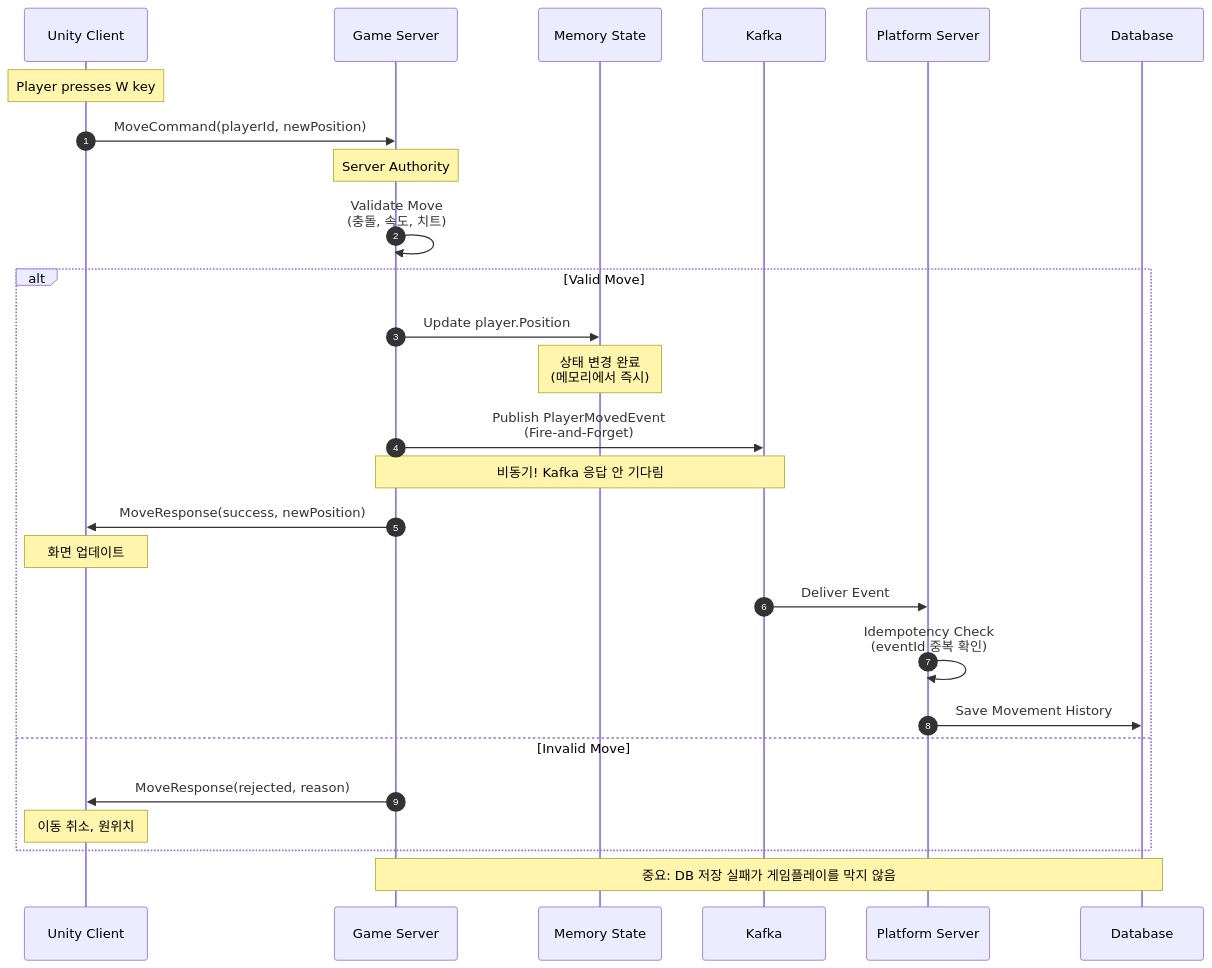
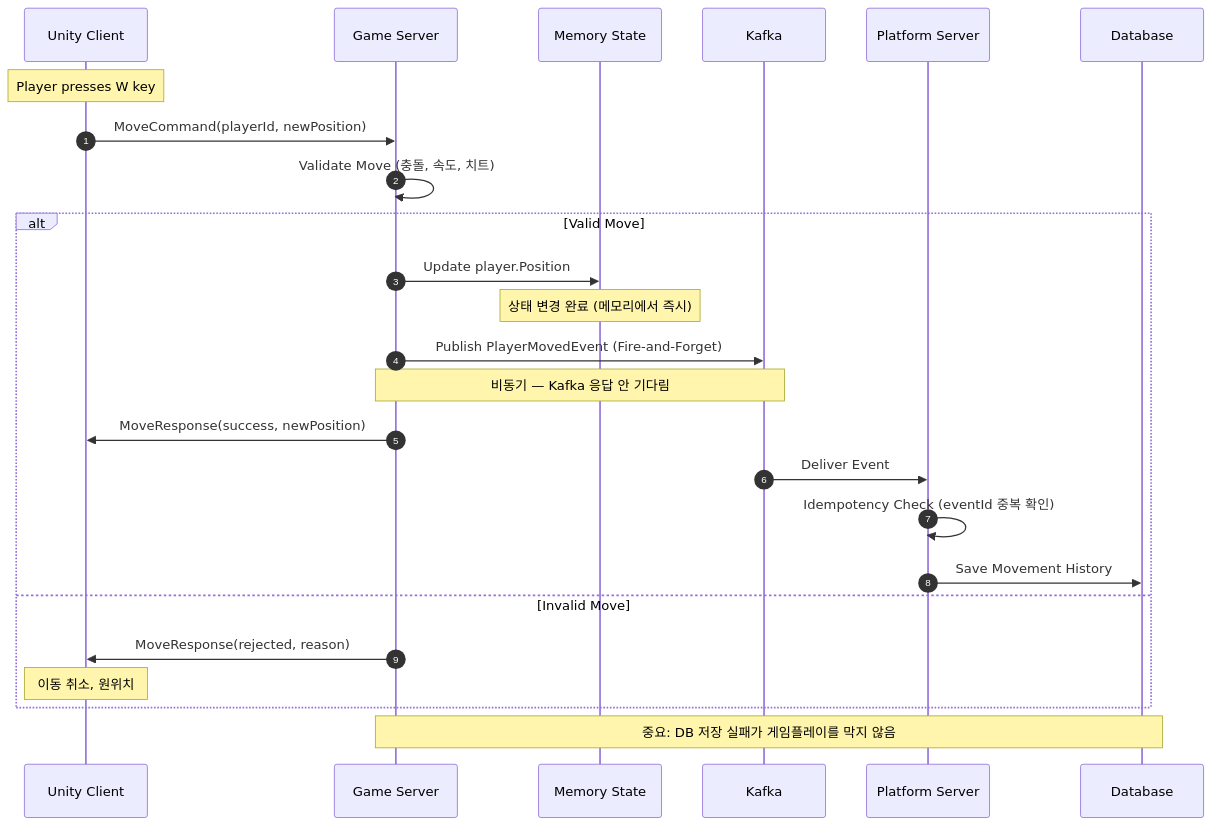
One commit to 1985jwlee/portpolio_main changed the fourth of 4 diagrams in README.md. Above: the diagram before and after it, drawn with Mermaid. The commit also changed other lines of this file, not shown here.

````diff
--- a/README.md
+++ b/README.md
@@ -342,37 +198,35 @@
 ```mermaid
 sequenceDiagram
     autonumber
     participant C as Unity Client
     participant GS as Game Server
     participant M as Memory State
     participant K as Kafka
     participant PS as Platform Server
     participant DB as Database
-    
+
     Note over C: Player presses W key
     C->>GS: MoveCommand(playerId, newPosition)
-    
-    Note over GS: Server Authority
-    GS->>GS: Validate Move<br/>(충돌, 속도, 치트)
-    
+
+    GS->>GS: Validate Move (충돌, 속도, 치트)
+
     alt Valid Move
         GS->>M: Update player.Position
-        Note over M: 상태 변경 완료<br/>(메모리에서 즉시)
-        
-        GS->>K: Publish PlayerMovedEvent<br/>(Fire-and-Forget)
-        Note over GS,K: 비동기! Kafka 응답 안 기다림
-        
+        Note over M: 상태 변경 완료 (메모리에서 즉시)
+
+        GS->>K: Publish PlayerMovedEvent (Fire-and-Forget)
+        Note over GS,K: 비동기 — Kafka 응답 안 기다림
+
         GS->>C: MoveResponse(success, newPosition)
-        Note over C: 화면 업데이트
-        
+
         K->>PS: Deliver Event
-        PS->>PS: Idempotency Check<br/>(eventId 중복 확인)
+        PS->>PS: Idempotency Check (eventId 중복 확인)
         PS->>DB: Save Movement History
-        
+
     else Invalid Move
         GS->>C: MoveResponse(rejected, reason)
         Note over C: 이동 취소, 원위치
     end
-    
+
     Note over GS,DB: 중요: DB 저장 실패가 게임플레이를 막지 않음
 ```
````
